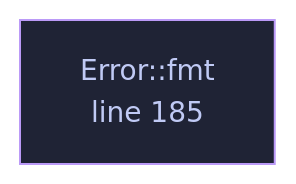
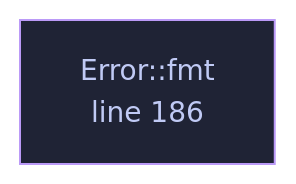
The diagram in docs/files/veilvoice-crypto/lib.md (tilas01/veilvoice), drawn with Mermaid before and after one commit. The commit also changed other lines of this file and 44 other files, not shown here.

````diff
--- a/docs/files/veilvoice-crypto/lib.md
+++ b/docs/files/veilvoice-crypto/lib.md
@@ -118,8 +118,8 @@
 ```mermaid
 %%{init: {"theme":"base","themeVariables":{"background":"#1a1b26","primaryColor":"#1f2335","primaryTextColor":"#c0caf5","primaryBorderColor":"#7aa2f7","secondaryColor":"#16161e","tertiaryColor":"#16161e","lineColor":"#737aa2","textColor":"#c0caf5","mainBkg":"#1f2335","nodeBorder":"#7aa2f7","clusterBkg":"#16161e","clusterBorder":"#2f3549","fontFamily":"ui-monospace, SFMono-Regular, Consolas, monospace","fontSize":"14px"}}}%%
 flowchart TD
-    n_fmt["Error::fmt<br/>line 185"]
-    click n_fmt href "https://github.com/tilas01/veilvoice/blob/main/crates/veilvoice-crypto/src/lib.rs#L185" "open the source"
+    n_fmt["Error::fmt<br/>line 186"]
+    click n_fmt href "https://github.com/tilas01/veilvoice/blob/main/crates/veilvoice-crypto/src/lib.rs#L186" "open the source"
     classDef helper fill:#1f2335,stroke:#bb9af7,color:#c0caf5
     class n_fmt helper
 ```
````
